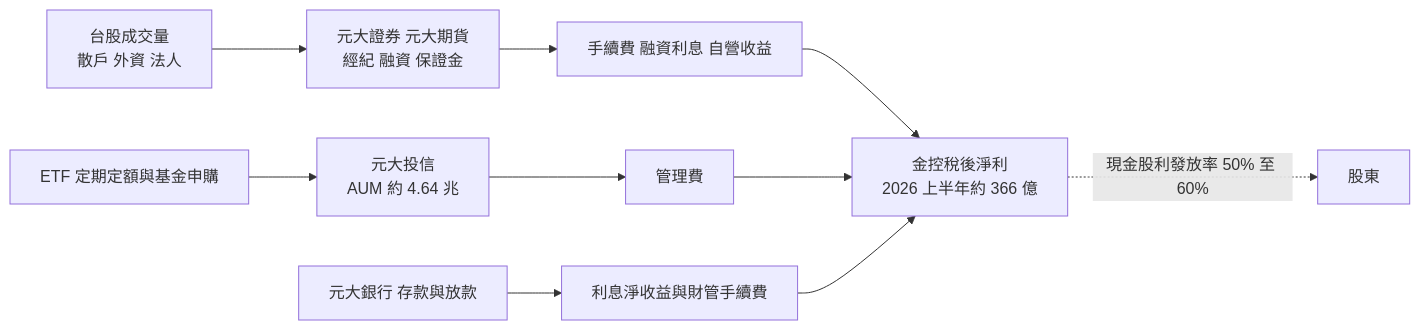
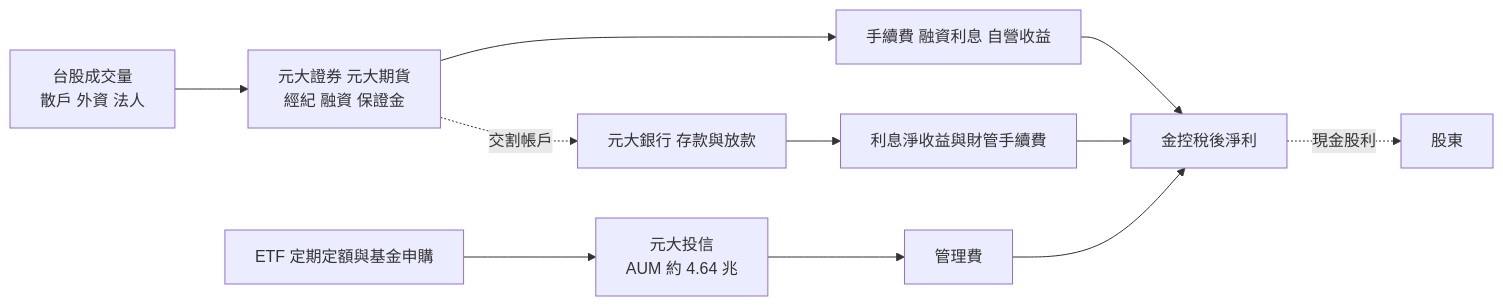
The second of 4 diagrams in 個股/台股/2885元大金.md (wangnick1004/taiwan-stock-vault), drawn with Mermaid before and after one commit. The commit also changed other lines of this file and 8 other files, not shown here.

````diff
--- a/個股/台股/2885元大金.md
+++ b/個股/台股/2885元大金.md
@@ -70,12 +72,13 @@
 ```mermaid
 flowchart LR
     A["台股成交量<br/>散戶 外資 法人"] --> B["元大證券 元大期貨<br/>經紀 融資 保證金"]
-    C["ETF 定期定額與基金申購"] --> D["元大投信<br/>AUM 約 4.64 兆"]
+    C[ETF 定期定額與基金申購] --> D["元大投信<br/>AUM 約 4.64 兆"]
     B --> E[手續費 融資利息 自營收益]
     D --> F[管理費]
-    G["元大銀行 存款與放款"] --> H[利息淨收益與財管手續費]
-    E --> I["金控稅後淨利<br/>2026 上半年約 366 億"]
+    G[元大銀行 存款與放款] --> H[利息淨收益與財管手續費]
+    B -. 交割帳戶 .-> G
+    E --> I[金控稅後淨利]
     F --> I
     H --> I
-    I -. 現金股利發放率 50% 至 60% .-> J[股東]
+    I -. 現金股利 .-> J[股東]
 ```
````
